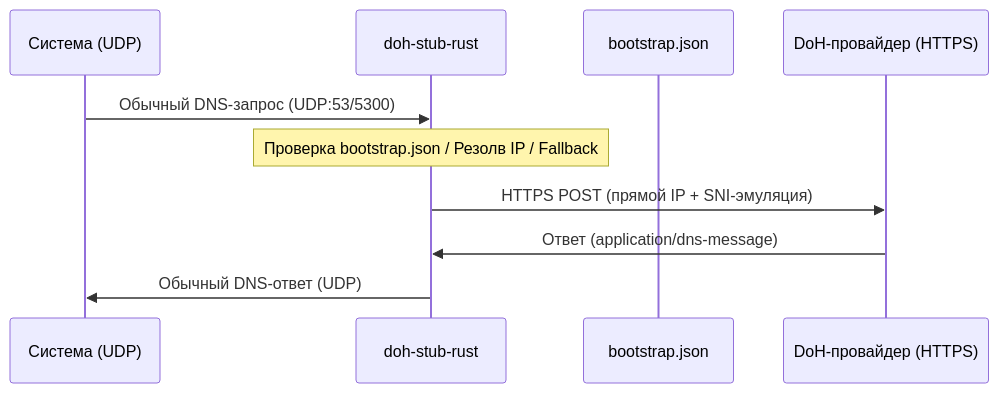
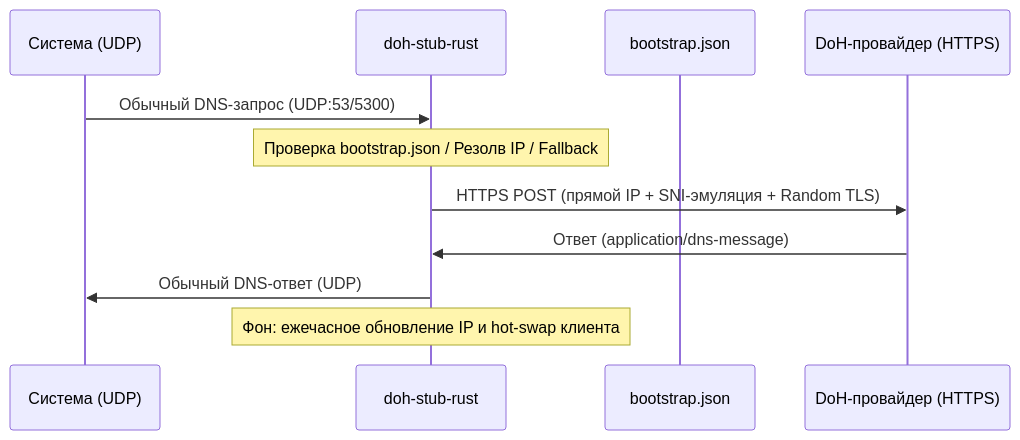
Before and after one commit to 3Radiance/doh-stub-rust: the diagram in README.ru.md, drawn with Mermaid. The commit also changed other lines of this file and 1 other file, not shown here.

````diff
--- a/README.ru.md
+++ b/README.ru.md
@@ -12,13 +12,14 @@
 ```mermaid
 sequenceDiagram
     participant OS as Система (UDP)
     participant Stub as doh-stub-rust
     participant JSON as bootstrap.json
     participant DoH as DoH-провайдер (HTTPS)
 
     OS->>Stub: Обычный DNS-запрос (UDP:53/5300)
     Note over Stub: Проверка bootstrap.json / Резолв IP / Fallback
-    Stub->>DoH: HTTPS POST (прямой IP + SNI-эмуляция)
+    Stub->>DoH: HTTPS POST (прямой IP + SNI-эмуляция + Random TLS)
     DoH->>Stub: Ответ (application/dns-message)
     Stub->>OS: Обычный DNS-ответ (UDP)
+    Note over Stub: Фон: ежечасное обновление IP и hot-swap клиента
 ```
````
